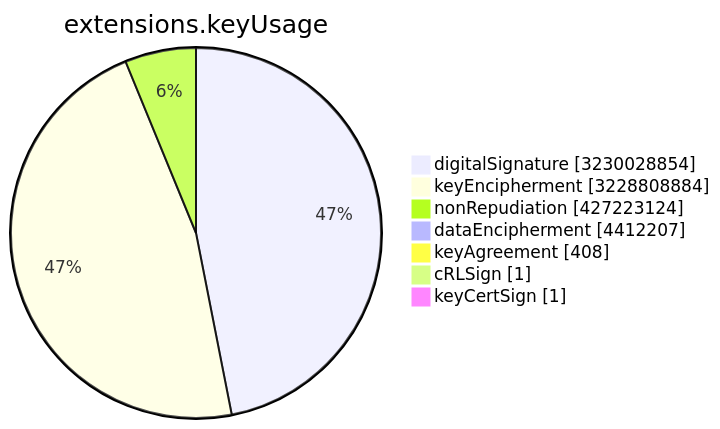
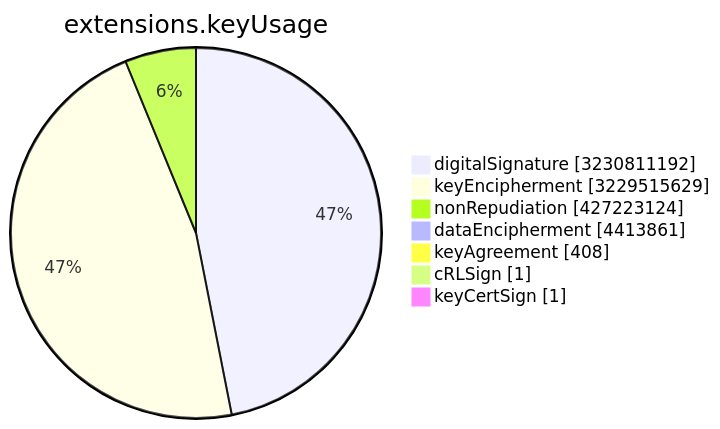
Before and after one commit to christiankrug/ctmonitor_visualization: the sixth of 15 diagrams in TOTAL/README.md, drawn with Mermaid. The commit also changed other lines of this file, not shown here.

````diff
--- a/TOTAL/README.md
+++ b/TOTAL/README.md
@@ -3077,11 +3077,11 @@
 ```mermaid
 pie showData
 title extensions.keyUsage
-"digitalSignature" :3230028854
-"keyEncipherment" :3228808884
+"digitalSignature" :3230811192
+"keyEncipherment" :3229515629
 "nonRepudiation" :427223124
-"dataEncipherment" :4412207
+"dataEncipherment" :4413861
 "keyAgreement" :408
 "cRLSign" :1
 "keyCertSign" :1
 ```
````
